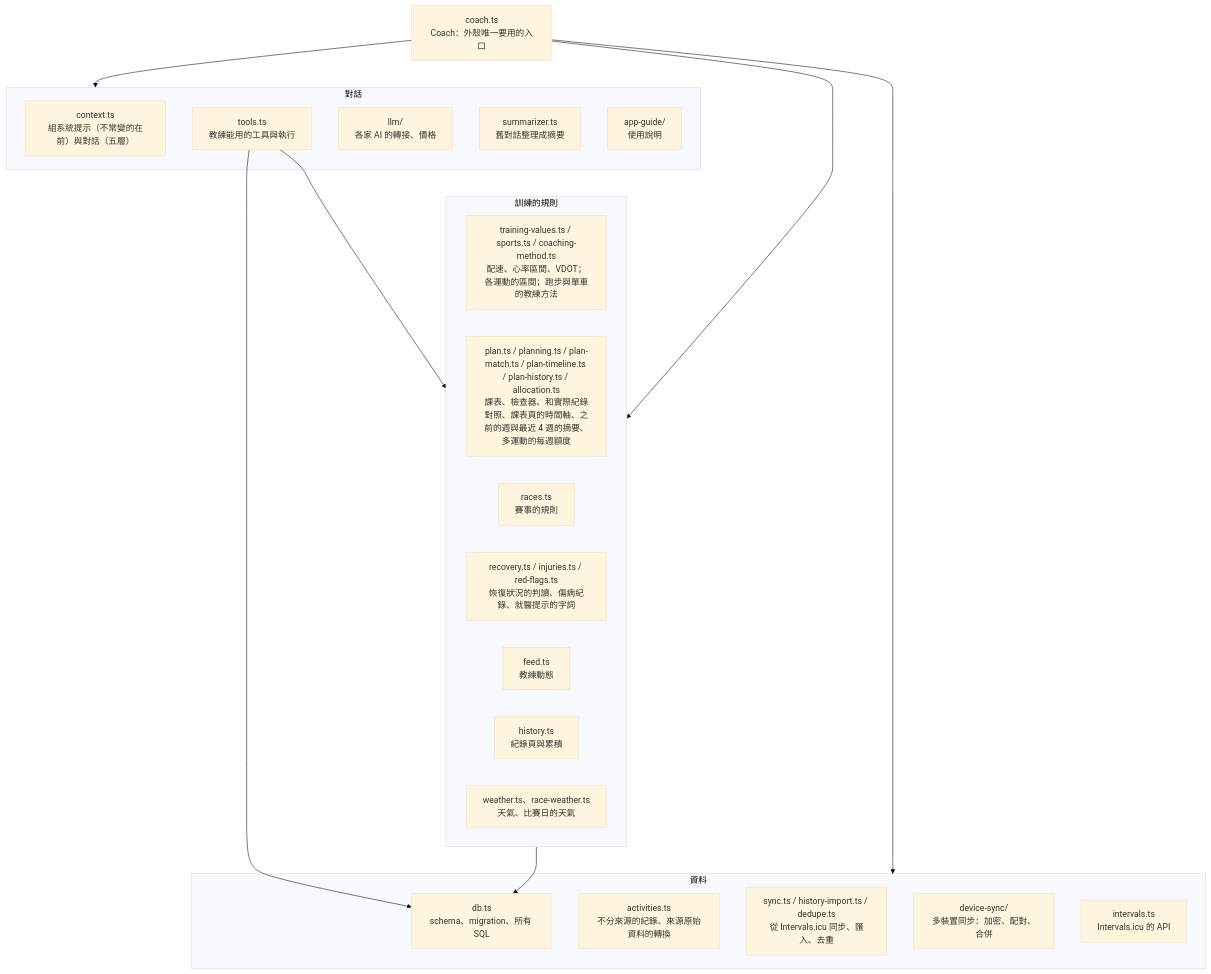
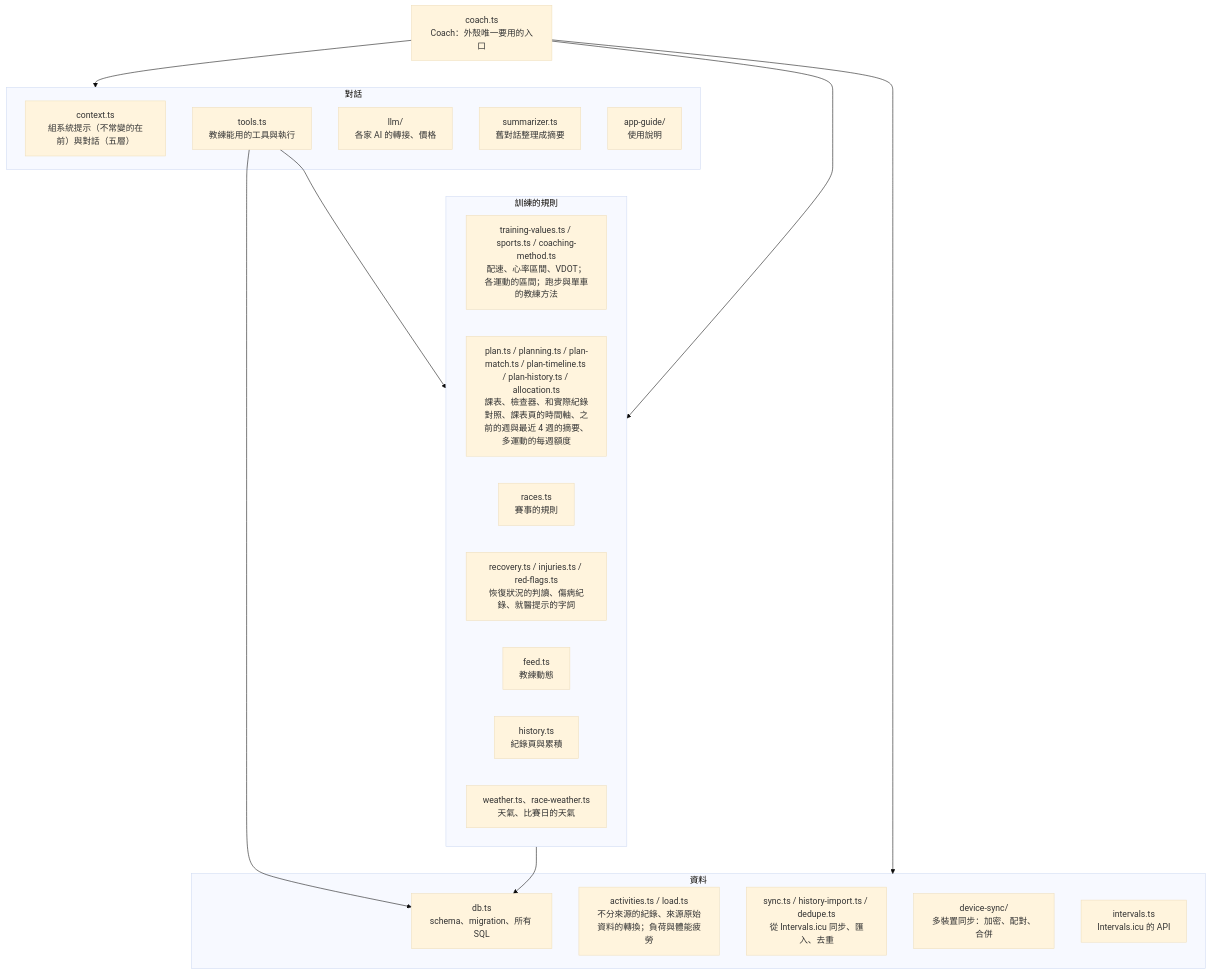
Before and after one commit to williampcs/RunningCoach: the second of 5 diagrams in doc/architecture.md, drawn with Mermaid (base theme). The commit also changed other lines of this file and 13 other files, not shown here.

````diff
--- a/doc/architecture.md
+++ b/doc/architecture.md
@@ -83,33 +83,33 @@
 ```mermaid
 flowchart TB
   coach["coach.ts<br/>Coach：外殼唯一要用的入口"]
   subgraph talk["對話"]
     context["context.ts<br/>組系統提示（不常變的在前）與對話（五層）"]
     tools["tools.ts<br/>教練能用的工具與執行"]
     llm["llm/<br/>各家 AI 的轉接、價格"]
     summarizer["summarizer.ts<br/>舊對話整理成摘要"]
     guide["app-guide/<br/>使用說明"]
   end
   subgraph domain["訓練的規則"]
     tv["training-values.ts / sports.ts / coaching-method.ts<br/>配速、心率區間、VDOT；各運動的區間；跑步與單車的教練方法"]
     plan["plan.ts / planning.ts / plan-match.ts / plan-timeline.ts / plan-history.ts / allocation.ts<br/>課表、檢查器、和實際紀錄對照、課表頁的時間軸、之前的週與最近 4 週的摘要、多運動的每週額度"]
     races["races.ts<br/>賽事的規則"]
     recovery["recovery.ts / injuries.ts / red-flags.ts<br/>恢復狀況的判讀、傷病紀錄、就醫提示的字詞"]
     feed["feed.ts<br/>教練動態"]
     history["history.ts<br/>紀錄頁與累積"]
     weather["weather.ts、race-weather.ts<br/>天氣、比賽日的天氣"]
   end
   subgraph data["資料"]
     db["db.ts<br/>schema、migration、所有 SQL"]
-    acts["activities.ts<br/>不分來源的紀錄、來源原始資料的轉換"]
+    acts["activities.ts / load.ts<br/>不分來源的紀錄、來源原始資料的轉換；負荷與體能疲勞"]
     sync["sync.ts / history-import.ts / dedupe.ts<br/>從 Intervals.icu 同步、匯入、去重"]
     ds["device-sync/<br/>多裝置同步：加密、配對、合併"]
     icu["intervals.ts<br/>Intervals.icu 的 API"]
   end
   coach --> talk
   coach --> domain
   coach --> data
   tools --> domain
   tools --> db
   domain --> db
 ```
````
